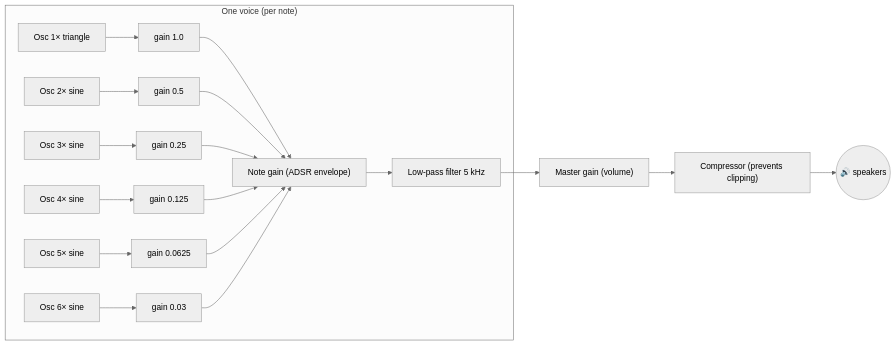
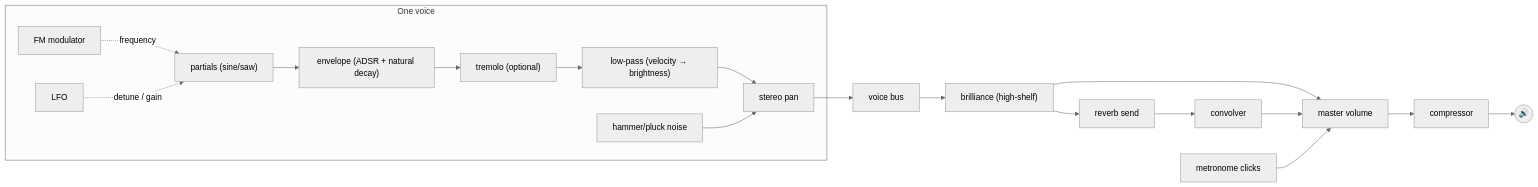
One commit to satyaidk/funkeys changed the fifth of 5 diagrams in docs/architecture.md. Above: the diagram before and after it, drawn with Mermaid (neutral theme). The commit also changed other lines of this file and 109 other files, not shown here.

````diff
--- a/docs/architecture.md
+++ b/docs/architecture.md
@@ -201,16 +202,15 @@
 ```mermaid
 flowchart LR
-    subgraph Voice["One voice (per note)"]
-        O1["Osc 1× triangle"] --> G1[gain 1.0]
-        O2["Osc 2× sine"] --> G2[gain 0.5]
-        O3["Osc 3× sine"] --> G3[gain 0.25]
-        O4["Osc 4× sine"] --> G4[gain 0.125]
-        O5["Osc 5× sine"] --> G5[gain 0.0625]
-        O6["Osc 6× sine"] --> G6[gain 0.03]
-        G1 & G2 & G3 & G4 & G5 & G6 --> ADSR["Note gain (ADSR envelope)"]
-        ADSR --> LP["Low-pass filter 5 kHz"]
+    subgraph Voice["One voice"]
+        P1["partials (sine/saw)"] --> ENV["envelope (ADSR + natural decay)"]
+        FM["FM modulator"] -. frequency .-> P1
+        LFO["LFO"] -. detune / gain .-> P1
+        ENV --> TRM["tremolo (optional)"] --> LP["low-pass (velocity → brightness)"] --> PAN["stereo pan"]
+        NZ["hammer/pluck noise"] --> PAN
     end
-    LP --> M["Master gain (volume)"]
-    M --> C["Compressor (prevents clipping)"]
-    C --> D(("🔊 speakers"))
+    PAN --> BUS["voice bus"] --> BR["brilliance (high-shelf)"]
+    BR --> MASTER["master volume"]
+    BR --> SEND["reverb send"] --> CONV["convolver"] --> MASTER
+    CLICK["metronome clicks"] --> MASTER
+    MASTER --> COMP["compressor"] --> OUT(("🔊"))
 ```
````
